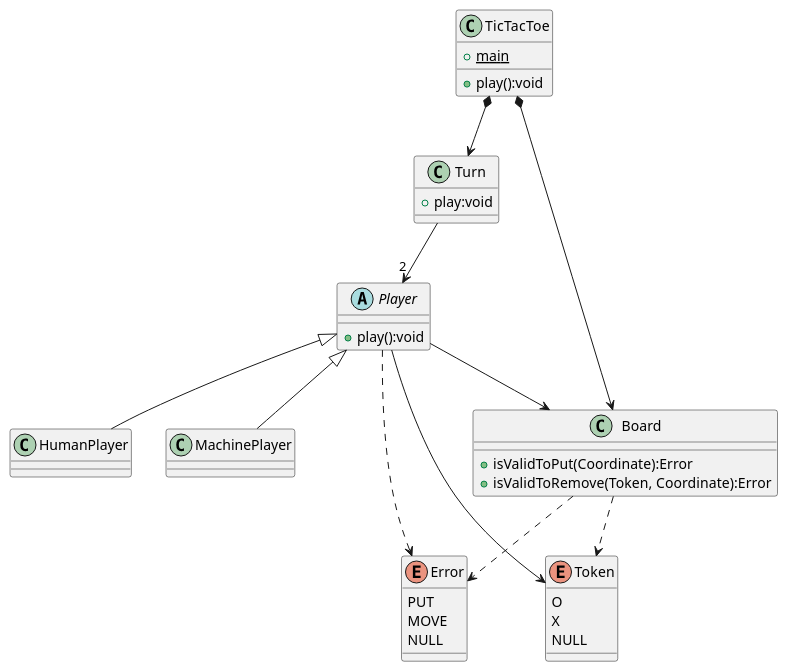
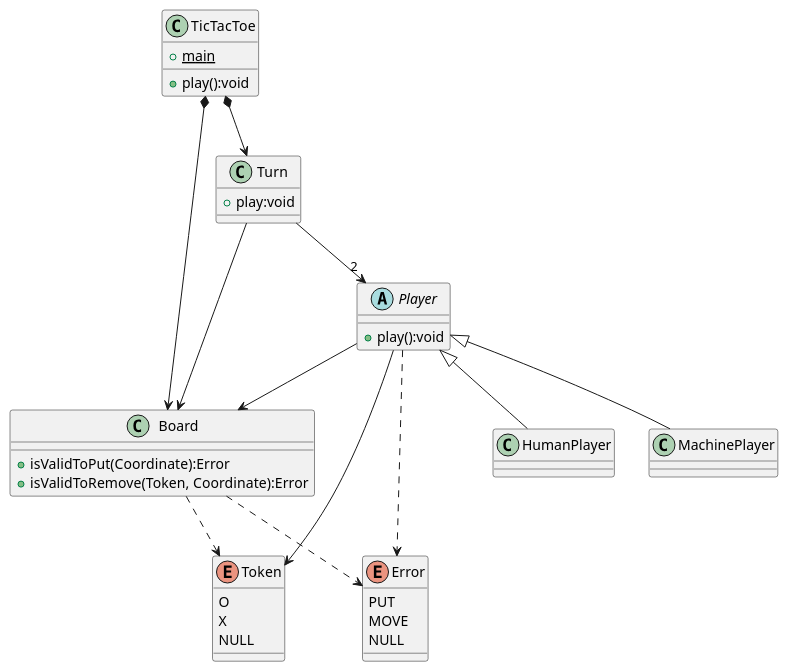
One commit to ioni5/tic-tac-toe changed the diagram in docs/tictactoe.puml. Above: the diagram before and after it, drawn with PlantUML. The commit also changed 8 other files, not shown here.

```diff
--- a/docs/tictactoe.puml
+++ b/docs/tictactoe.puml
@@ -1,44 +1,45 @@
 @startuml tictactoe
 
 class TicTacToe {
     + play():void
     + {static} main
 }
 TicTacToe *--> Board
 TicTacToe *--> Turn
 
 Turn --> "2" Player
+Turn --> Board
 class Turn {
     + play:void
 }
 
 abstract class Player {
     + play():void
 }
 Player --> Board
 Player --> Token
 Player ..> Error
 
 class Board {
     + isValidToPut(Coordinate):Error
     + isValidToRemove(Token, Coordinate):Error
 }
 Board ..> Token
 Board ..> Error
 
 enum Error {
     PUT
     MOVE
     NULL
 }
 
 enum Token {
     O
     X
     NULL
 }
 
 Player <|-- HumanPlayer
 Player <|-- MachinePlayer
 
 @enduml
```
